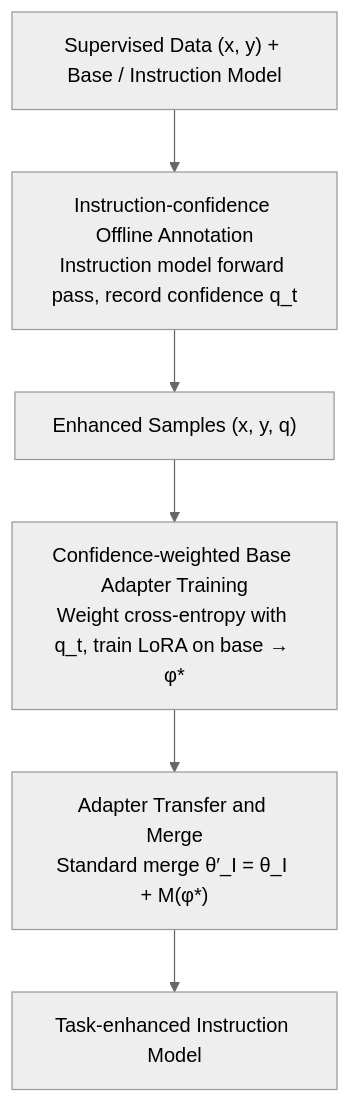
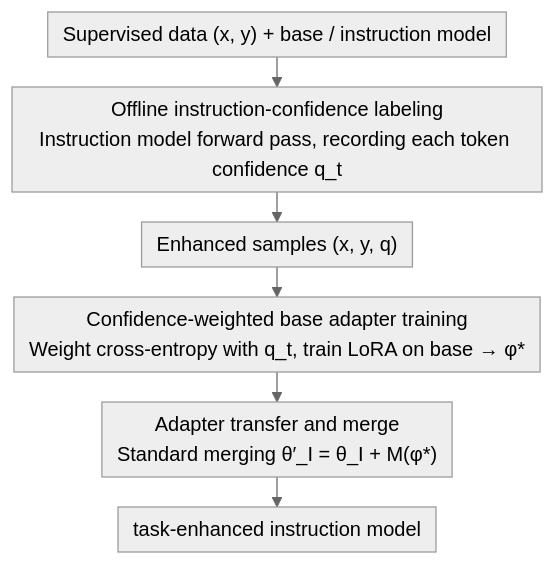
One commit to zhaoyang97/Paper-Notes-en changed the diagram in docs/ACL2026/information_retrieval/gift_guided_fine-tuning_and_transfer_for_enhancing_instruction-tuned_language_mo.md. Above: the diagram before and after it, drawn with Mermaid (neutral theme). The commit also changed other lines of this file and 5084 other files, not shown here.

````diff
--- a/docs/ACL2026/information_retrieval/gift_guided_fine-tuning_and_transfer_for_enhancing_instruction-tuned_language_mo.md
+++ b/docs/ACL2026/information_retrieval/gift_guided_fine-tuning_and_transfer_for_enhancing_instruction-tuned_language_mo.md
@@ -46,8 +46,9 @@
 ```mermaid
-graph TD
-    A["Supervised Data (x, y) + Base / Instruction Model"] --> B["Instruction-confidence Offline Annotation<br/>Instruction model forward pass, record confidence q_t"]
-    B --> C["Enhanced Samples (x, y, q)"]
-    C --> D["Confidence-weighted Base Adapter Training<br/>Weight cross-entropy with q_t, train LoRA on base → φ*"]
-    D --> E["Adapter Transfer and Merge<br/>Standard merge θ′_I = θ_I + M(φ*)"]
-    E --> F["Task-enhanced Instruction Model"]
+%%{init: {'flowchart': {'rankSpacing': 24, 'nodeSpacing': 28, 'padding': 6, 'wrappingWidth': 400}}}%%
+flowchart TD
+    A["Supervised data (x, y) + base / instruction model"] --> B["Offline instruction-confidence labeling<br/>Instruction model forward pass, recording each token confidence q_t"]
+    B --> C["Enhanced samples (x, y, q)"]
+    C --> D["Confidence-weighted base adapter training<br/>Weight cross-entropy with q_t, train LoRA on base → φ*"]
+    D --> E["Adapter transfer and merge<br/>Standard merging θ′_I = θ_I + M(φ*)"]
+    E --> F["task-enhanced instruction model"]
 ```
````
